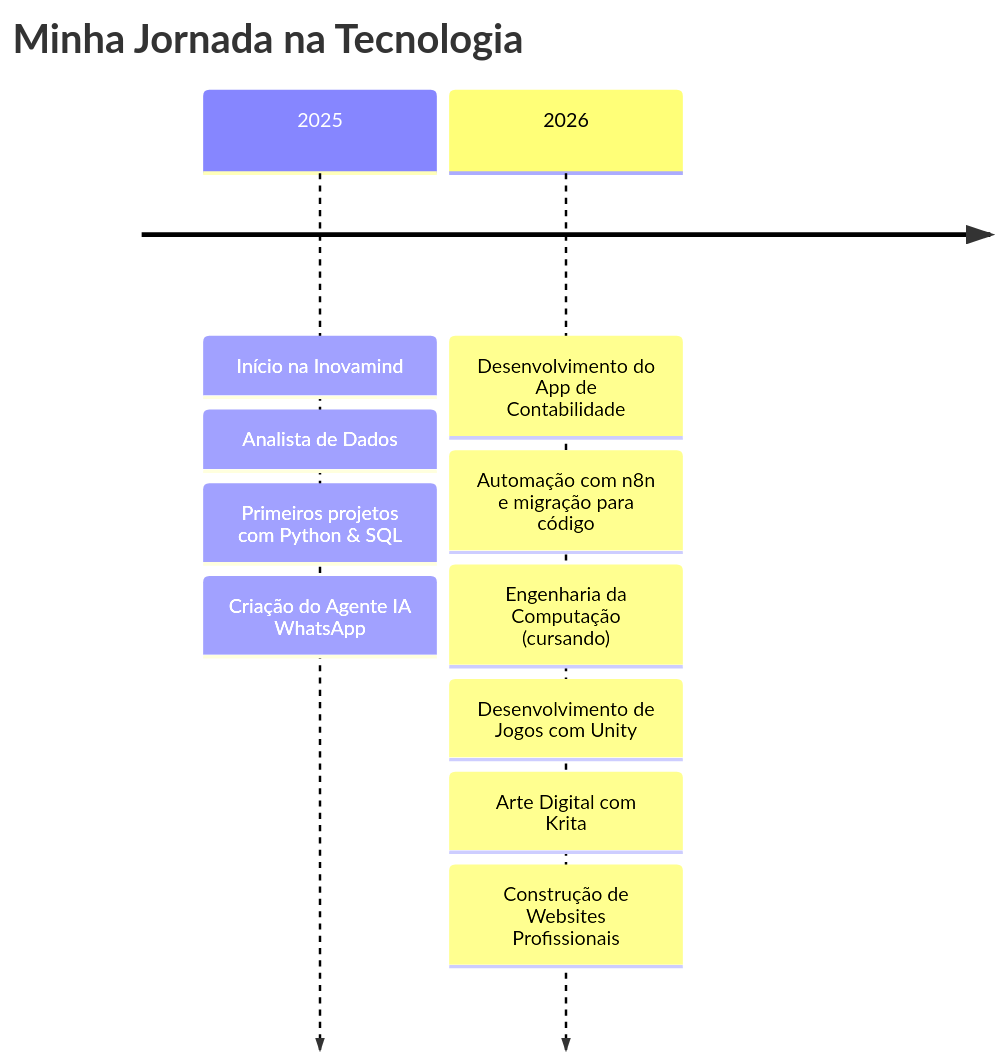
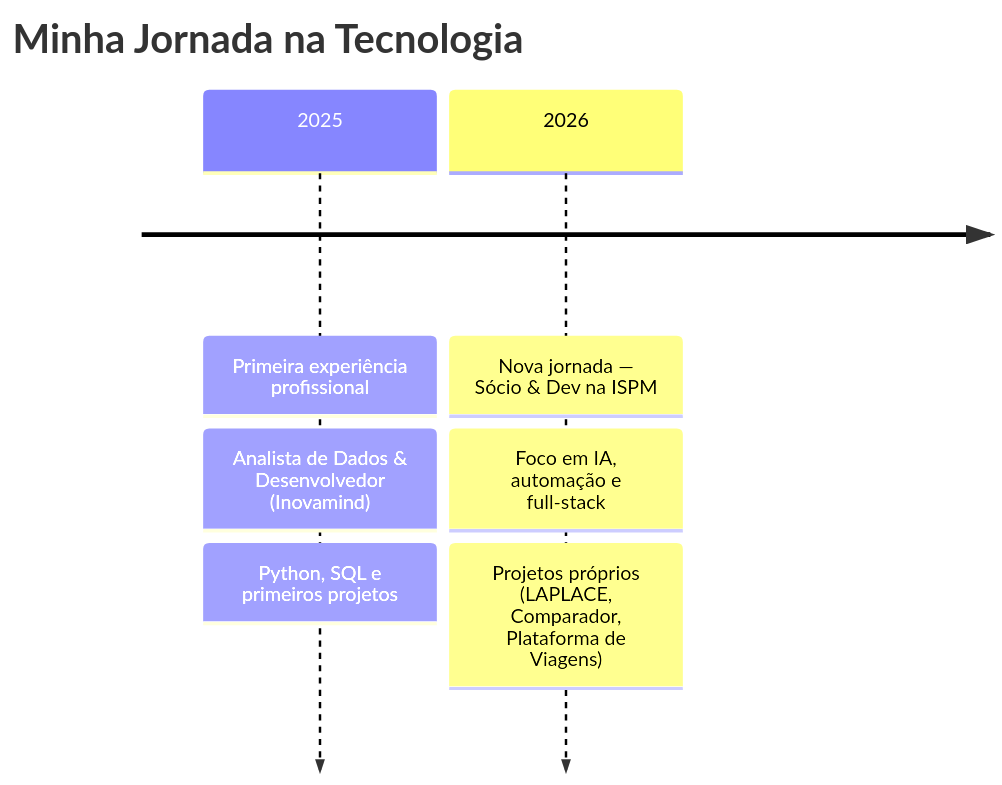
The diagram in README.md (diego-caldeira-12/diego-caldeira-12), drawn with Mermaid before and after one commit. The commit also changed other lines of this file and 2 other files, not shown here.

First line of the commit message:
Reformula perfil: identidade IA/full-stack, projetos reais, bilingue

````diff
--- a/README.md
+++ b/README.md
@@ -83,14 +192,10 @@
 ```mermaid
 timeline
     title Minha Jornada na Tecnologia
-    2025 : Início na Inovamind
-         : Analista de Dados
-         : Primeiros projetos com Python & SQL
-         : Criação do Agente IA WhatsApp
-    2026 : Desenvolvimento do App de Contabilidade
-         : Automação com n8n e migração para código
-         : Engenharia da Computação (cursando)
-         : Desenvolvimento de Jogos com Unity
-         : Arte Digital com Krita
-         : Construção de Websites Profissionais
+    2025 : Primeira experiência profissional
+         : Analista de Dados & Desenvolvedor (Inovamind)
+         : Python, SQL e primeiros projetos
+    2026 : Nova jornada — Sócio & Dev na ISPM
+         : Foco em IA, automação e full-stack
+         : Projetos próprios (LAPLACE, Comparador, Plataforma de Viagens)
 ```
````
